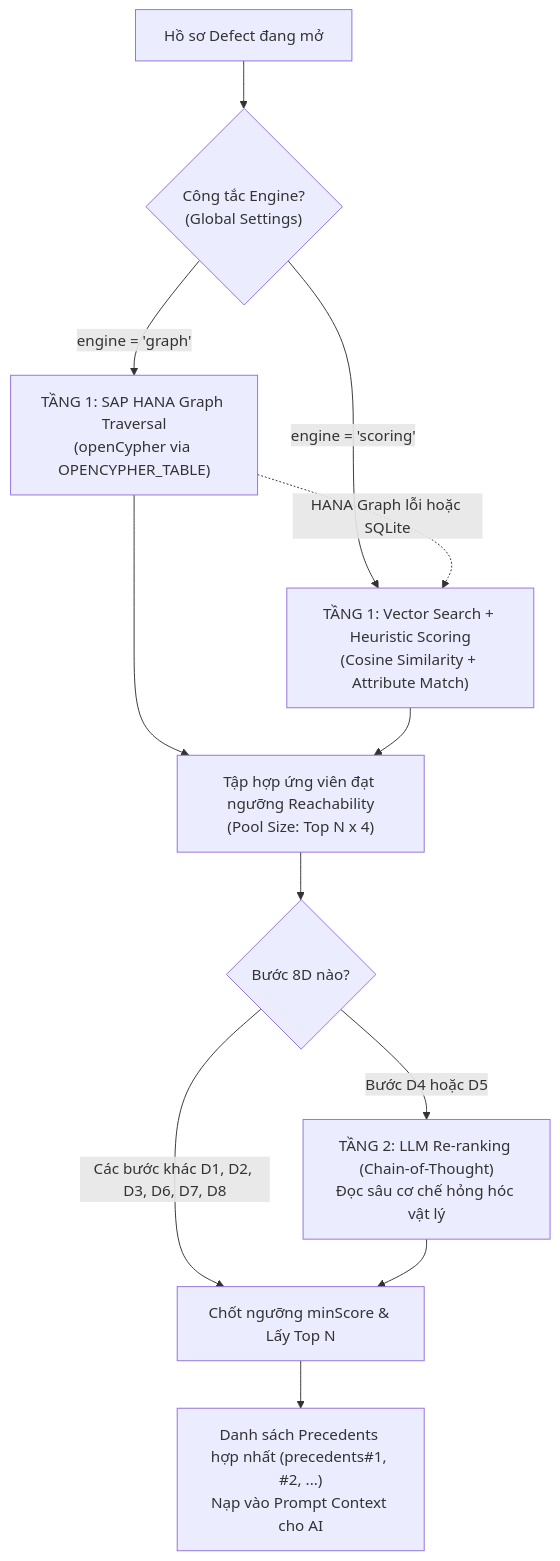
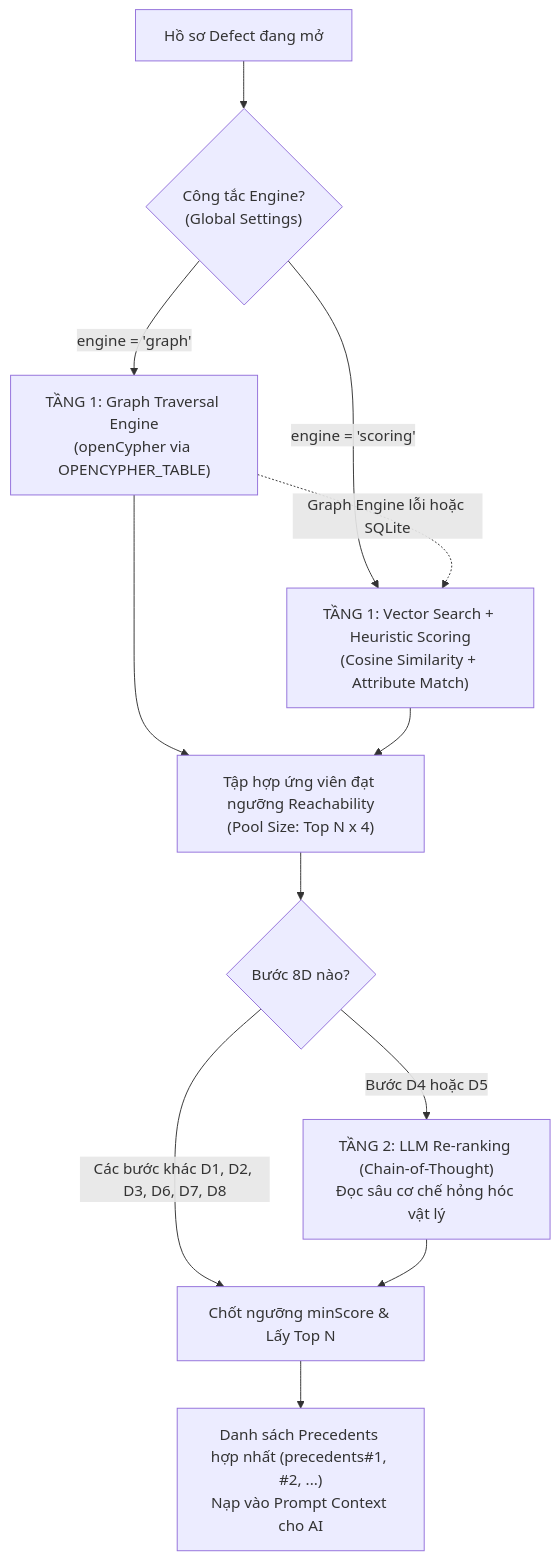
The third of 3 diagrams in docs/TAI_LIEU_NGHIEP_VU_VA_HA_TANG_AI_8D.md (DungTruong1610/8D_problem_solving), drawn with Mermaid before and after one commit. The commit also changed other lines of this file and 24 other files, not shown here.

````diff
--- a/docs/TAI_LIEU_NGHIEP_VU_VA_HA_TANG_AI_8D.md
+++ b/docs/TAI_LIEU_NGHIEP_VU_VA_HA_TANG_AI_8D.md
@@ -353,19 +353,19 @@
 ```mermaid
 flowchart TD
     Start["Hồ sơ Defect đang mở"] --> CheckSwitch{"Công tắc Engine?<br/>(Global Settings)"}
   
-    CheckSwitch -->|engine = 'graph'| Stage1Graph["TẦNG 1: SAP HANA Graph Traversal<br/>(openCypher via OPENCYPHER_TABLE)"]
+    CheckSwitch -->|engine = 'graph'| Stage1Graph["TẦNG 1: Graph Traversal Engine<br/>(openCypher via OPENCYPHER_TABLE)"]
     CheckSwitch -->|engine = 'scoring'| Stage1Scoring["TẦNG 1: Vector Search + Heuristic Scoring<br/>(Cosine Similarity + Attribute Match)"]
   
-    Stage1Graph -.->|HANA Graph lỗi hoặc SQLite| Stage1Scoring
+    Stage1Graph -.->|Graph Engine lỗi hoặc SQLite| Stage1Scoring
   
     Stage1Graph --> Pool["Tập hợp ứng viên đạt ngưỡng Reachability<br/>(Pool Size: Top N x 4)"]
     Stage1Scoring --> Pool
   
     Pool --> CheckStep{"Bước 8D nào?"}
     CheckStep -->|Bước D4 hoặc D5| Stage2Rerank["TẦNG 2: LLM Re-ranking (Chain-of-Thought)<br/>Đọc sâu cơ chế hỏng hóc vật lý"]
     CheckStep -->|Các bước khác D1, D2, D3, D6, D7, D8| FinalCut["Chốt ngưỡng minScore & Lấy Top N"]
   
     Stage2Rerank --> FinalCut
     FinalCut --> Unified["Danh sách Precedents hợp nhất (precedents#1, #2, ...)<br/>Nạp vào Prompt Context cho AI"]
 ```
````
